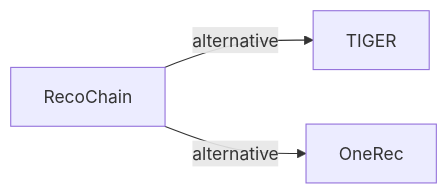
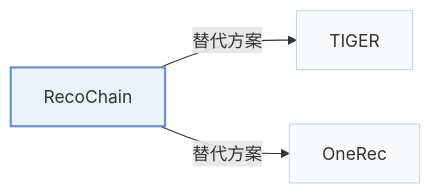
Before and after one commit to Galaxy-ghost/Awesome-SID-Generative-Rec: the second of 2 diagrams in pages/zh/papers/recochain.md, drawn with Mermaid. The commit also changed other lines of this file and 649 other files, not shown here.

Commit message:
writer-05: also tags and modality index (schema, check, build, visuals); summary field removed; calibration data for 12 papers

````diff
--- a/pages/zh/papers/recochain.md
+++ b/pages/zh/papers/recochain.md
@@ -68,6 +74,10 @@
 ```mermaid
 flowchart LR
     P["RecoChain"]
-    P -->|alternative| A["TIGER"]
-    P -->|alternative| B["OneRec"]
+    P -->|"替代方案"| A["TIGER"]
+    P -->|"替代方案"| B["OneRec"]
+    classDef main fill:#eaf2fb,stroke:#6b8fc7,stroke-width:2px
+    classDef peer fill:#f8fafc,stroke:#cbd5e1
+    class P main
+    class A,B peer
 ```
````
